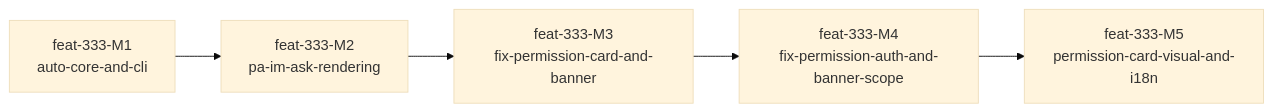
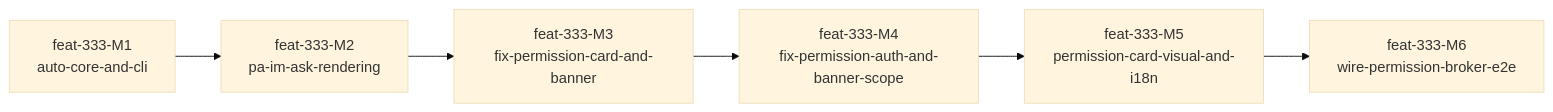
One commit to Mrchen116/nano-multiagent changed the diagram in docs/changes/feat-333-auto-mode-classifier/design.md. Above: the diagram before and after it, drawn with Mermaid (base theme). The commit also changed other lines of this file and 1 other file, not shown here.

Commit message:
docs(feat-333-M6): 追加 M6 wire-permission-broker-e2e fix milestone
reviewer round 4 后人工 IM 端到端测试发现 ask 链路从未接通：
- PermissionBroker / auto_mode_gate / POST /v1/sessions/.../permissions
  路由都写了，单测都跑了，但 platform 装配从未把它们接到 app
- ctx.request_permission 永远 None → fail-closed deny
- reviewer round 1-3 PASS 是基于单测验,从未端到端走过

按 §6.2 fix-implementation 路径开 M6:
- 在 design.md Milestone 表追加 M6 行(round 4 后补)
- mkdir 空 M6 目录待 worker 实施
- 顺带带上 M5 后做的 hot fix:PA product DEFAULT_HOOK_MODULES 加
  auto_mode_gate(之前漏接 PA product)

````diff
--- a/docs/changes/feat-333-auto-mode-classifier/design.md
+++ b/docs/changes/feat-333-auto-mode-classifier/design.md
@@ -938,7 +939,8 @@
 ```mermaid
 graph LR
   M1[feat-333-M1<br/>auto-core-and-cli] --> M2[feat-333-M2<br/>pa-im-ask-rendering]
   M2 --> M3[feat-333-M3<br/>fix-permission-card-and-banner]
   M3 --> M4[feat-333-M4<br/>fix-permission-auth-and-banner-scope]
   M4 --> M5[feat-333-M5<br/>permission-card-visual-and-i18n]
+  M5 --> M6[feat-333-M6<br/>wire-permission-broker-e2e]
 ```
````
